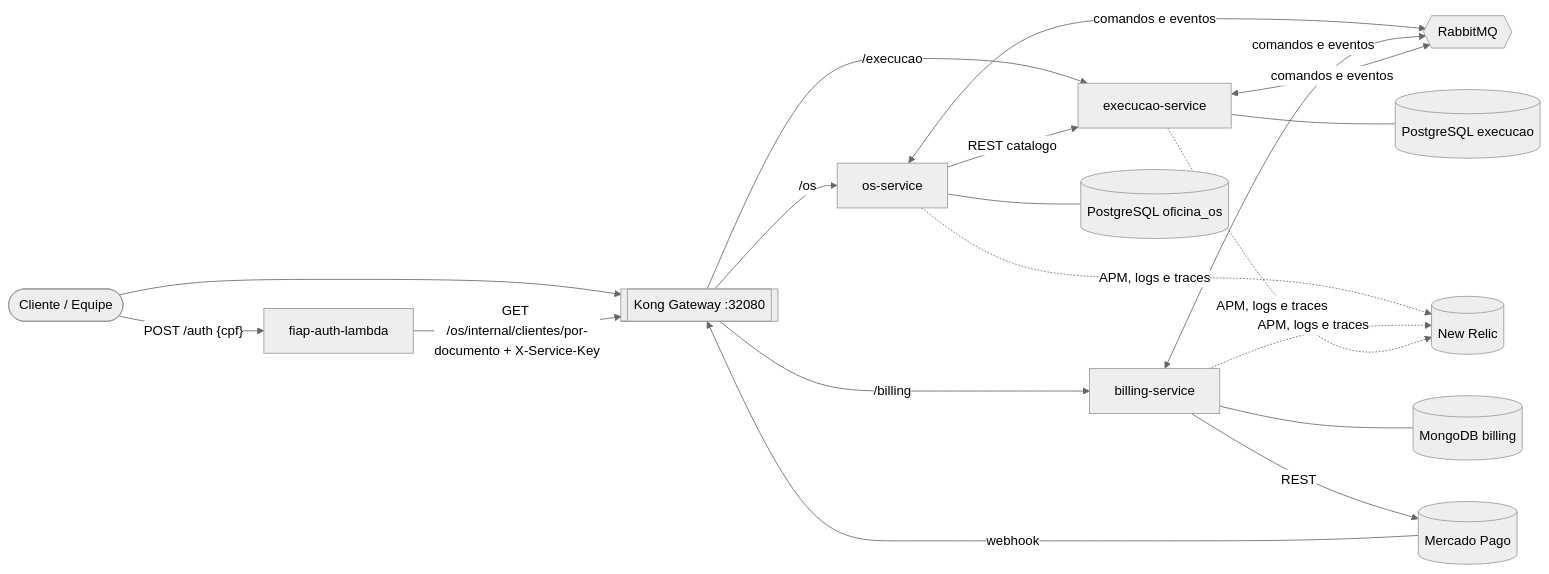
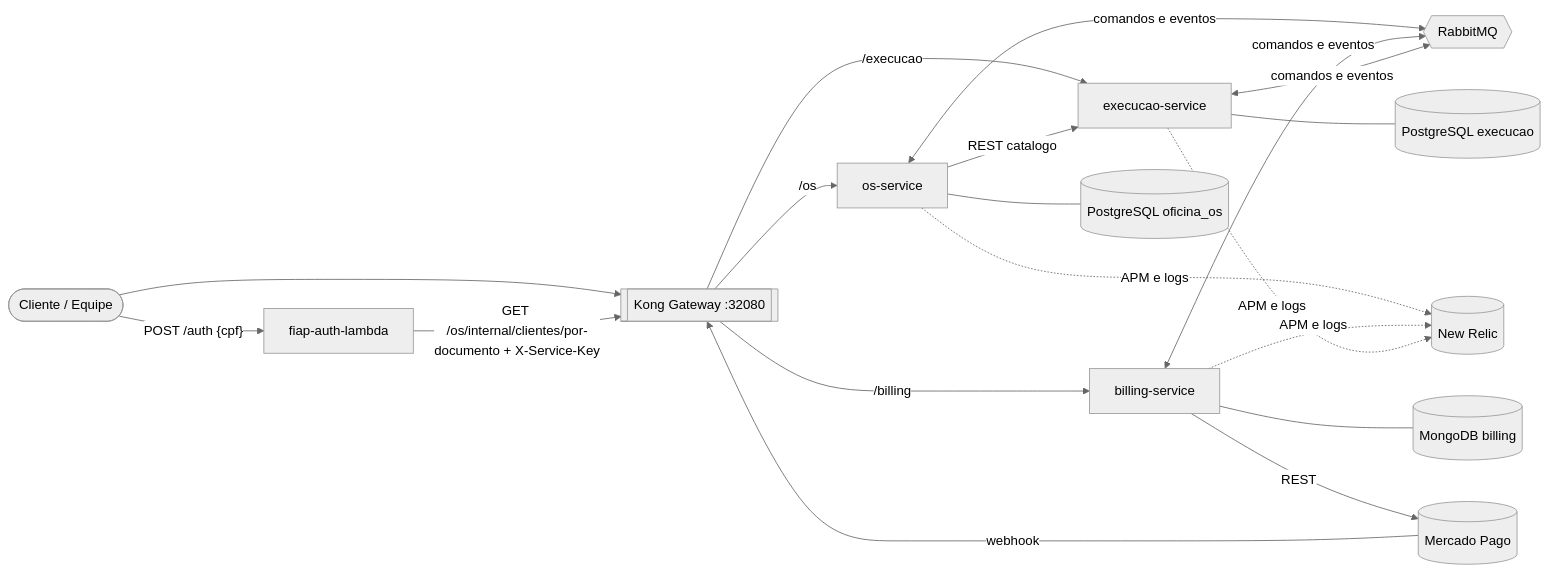
One commit to MathboyL3/oficina-os-service changed the first of 3 diagrams in docs/ARQUITETURA-FASE4.md. Above: the diagram before and after it, drawn with Mermaid (neutral theme). The commit also changed other lines of this file and 2 other files, not shown here.

Commit message:
docs: ajustes finais da documentação

````diff
--- a/docs/ARQUITETURA-FASE4.md
+++ b/docs/ARQUITETURA-FASE4.md
@@ -18,19 +18,19 @@
 ```mermaid
 flowchart LR
   Cli([Cliente / Equipe]) --> Kong[[Kong Gateway :32080]]
   MP[(Mercado Pago)] -- webhook --> Kong
   Cli -- "POST /auth {cpf}" --> Auth[fiap-auth-lambda]
   Auth -- "GET /os/internal/clientes/por-documento + X-Service-Key" --> Kong
   Kong -- /os --> OS[os-service]
   Kong -- /billing --> BIL[billing-service]
   Kong -- /execucao --> EXE[execucao-service]
   OS <-- comandos e eventos --> MQ{{RabbitMQ}}
   BIL <-- comandos e eventos --> MQ
   EXE <-- comandos e eventos --> MQ
   OS -- REST catalogo --> EXE
   OS --- PGOS[(PostgreSQL oficina_os)]
   BIL --- MG[(MongoDB billing)]
   EXE --- PGEX[(PostgreSQL execucao)]
   BIL -- REST --> MP
-  OS & BIL & EXE -. APM, logs e traces .-> NR[(New Relic)]
+  OS & BIL & EXE -. APM e logs .-> NR[(New Relic)]
 ```
````
